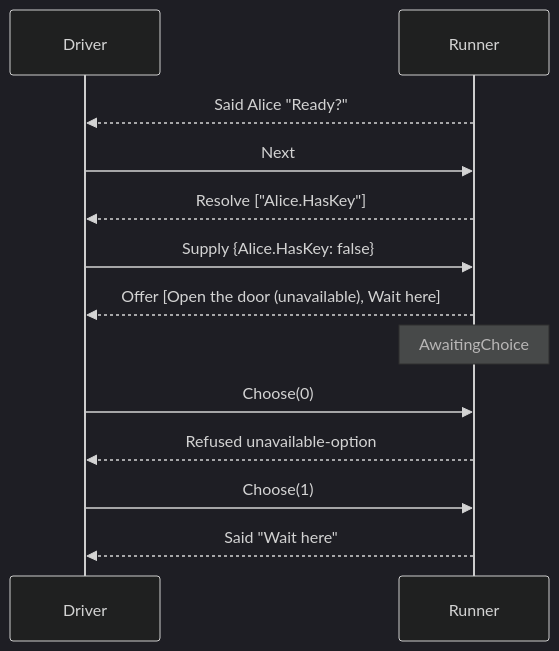
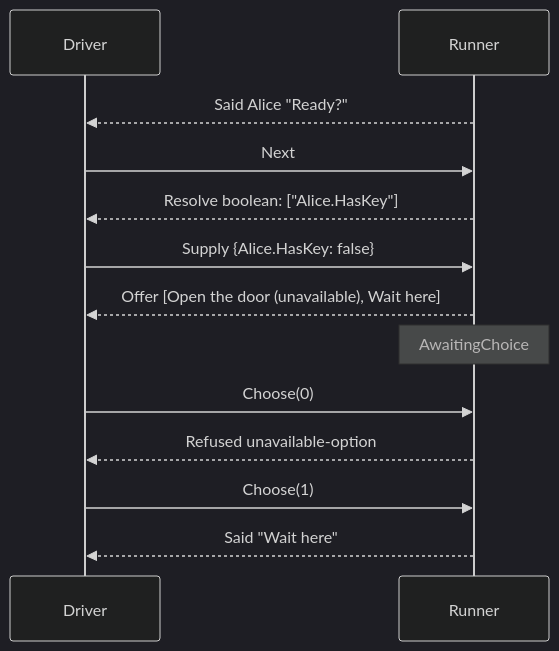
Before and after one commit to pengzhengyi/dialoguedown: the diagram in docs/contributing/design-notes/runtime/Offering a Choice.md, drawn with Mermaid (dark theme). The commit also changed other lines of this file and 49 other files, not shown here.

First line of the commit message:
feat(runtime)!: name each key in a Resolve under the kind of answer it needs (#629)

````diff
--- a/docs/contributing/design-notes/runtime/Offering a Choice.md
+++ b/docs/contributing/design-notes/runtime/Offering a Choice.md
@@ -109,15 +109,15 @@
 ```mermaid
 sequenceDiagram
     participant D as Driver
     participant R as Runner
     R-->>D: Said Alice "Ready?"
     D->>R: Next
-    R-->>D: Resolve ["Alice.HasKey"]
+    R-->>D: Resolve boolean: ["Alice.HasKey"]
     D->>R: Supply {Alice.HasKey: false}
     R-->>D: Offer [Open the door (unavailable), Wait here]
     Note over R: AwaitingChoice
     D->>R: Choose(0)
     R-->>D: Refused unavailable-option
     D->>R: Choose(1)
     R-->>D: Said "Wait here"
 ```
````
